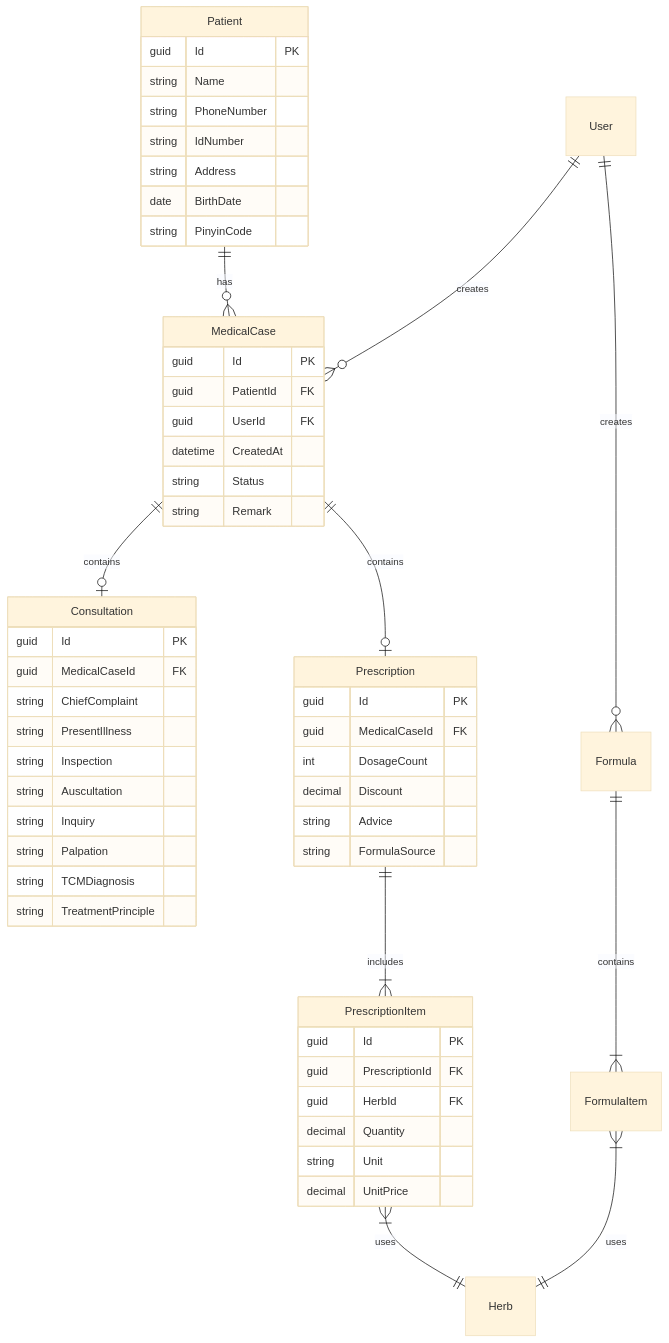
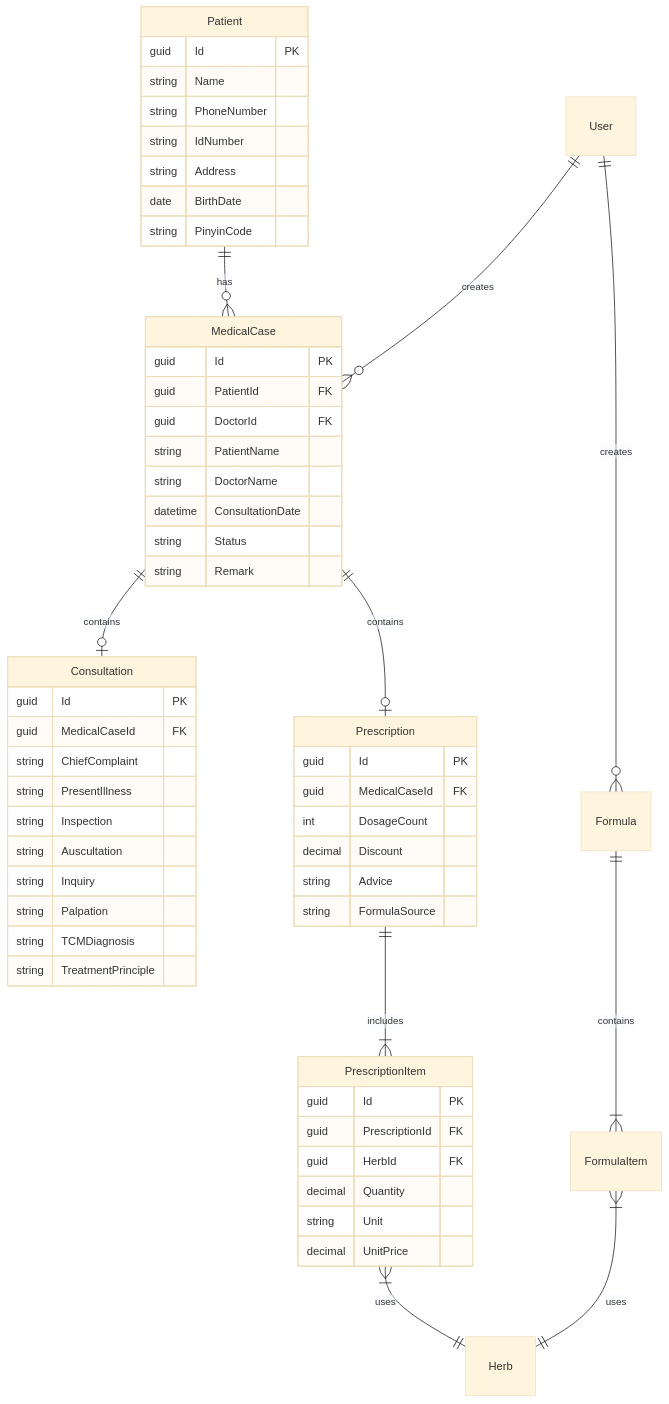
One commit to shouqitao/LYBTZYZS changed the fourth of 5 diagrams in docs/architecture/system-architecture-design.md. Above: the diagram before and after it, drawn with Mermaid (base theme). The commit also changed other lines of this file and 2 other files, not shown here.

````diff
--- a/docs/architecture/system-architecture-design.md
+++ b/docs/architecture/system-architecture-design.md
@@ -215,62 +215,64 @@
 ```mermaid
 erDiagram
     Patient ||--o{ MedicalCase : has
     User ||--o{ MedicalCase : creates
     MedicalCase ||--o| Consultation : contains
     MedicalCase ||--o| Prescription : contains
     Prescription ||--|{ PrescriptionItem : includes
     PrescriptionItem }|--|| Herb : uses
     Formula ||--|{ FormulaItem : contains
     FormulaItem }|--|| Herb : uses
     User ||--o{ Formula : creates
     
     Patient {
         guid Id PK
         string Name
         string PhoneNumber
         string IdNumber
         string Address
         date BirthDate
         string PinyinCode
     }
     
     MedicalCase {
         guid Id PK
         guid PatientId FK
-        guid UserId FK
-        datetime CreatedAt
+        guid DoctorId FK
+        string PatientName
+        string DoctorName
+        datetime ConsultationDate
         string Status
         string Remark
     }
     
     Consultation {
         guid Id PK
         guid MedicalCaseId FK
         string ChiefComplaint
         string PresentIllness
         string Inspection
         string Auscultation
         string Inquiry
         string Palpation
         string TCMDiagnosis
         string TreatmentPrinciple
     }
     
     Prescription {
         guid Id PK
         guid MedicalCaseId FK
         int DosageCount
         decimal Discount
         string Advice
         string FormulaSource
     }
     
     PrescriptionItem {
         guid Id PK
         guid PrescriptionId FK
         guid HerbId FK
         decimal Quantity
         string Unit
         decimal UnitPrice
     }
 ```
````
